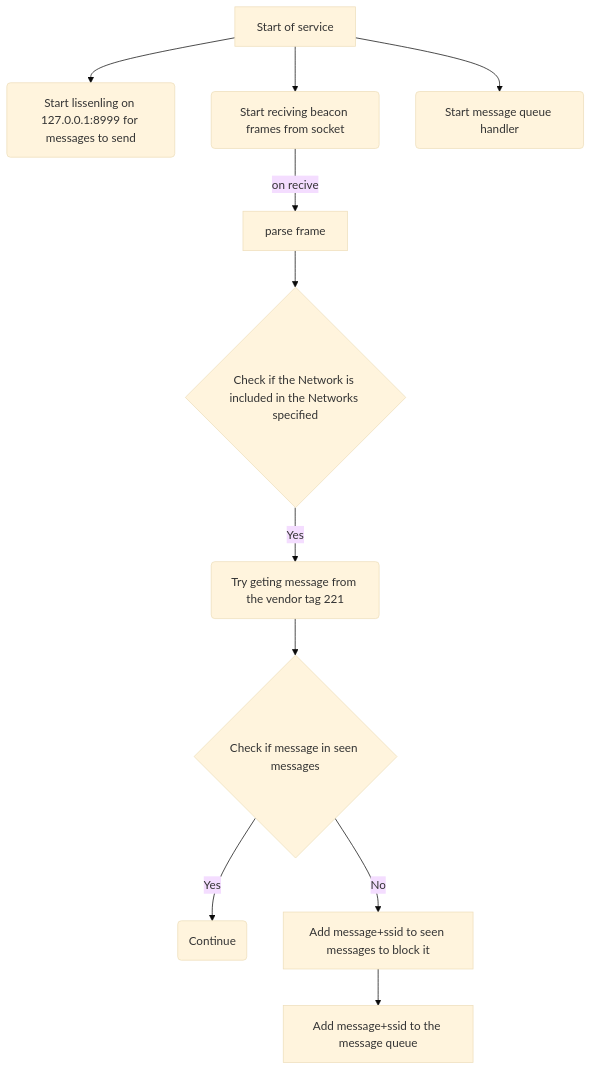
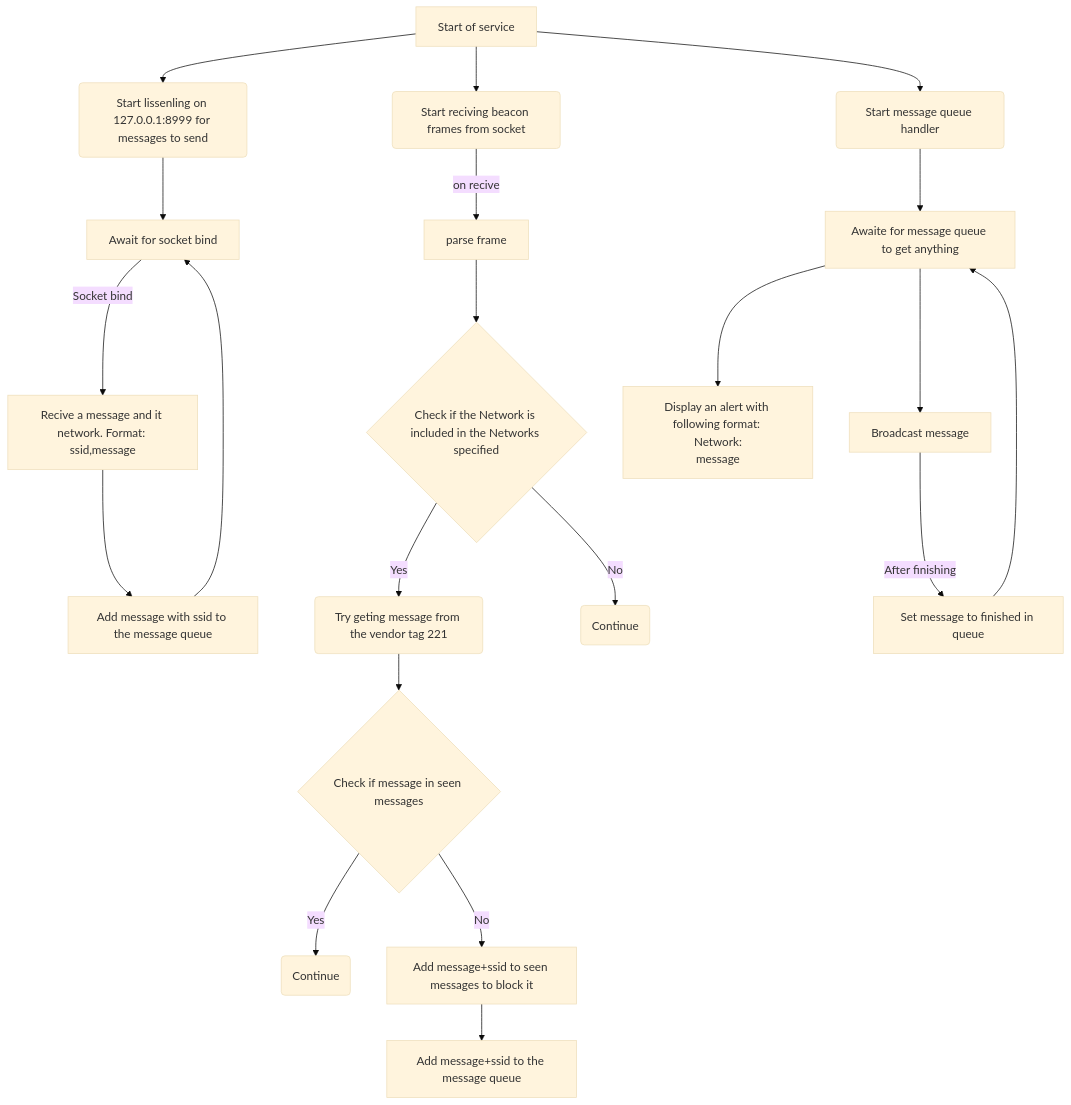
The diagram in library/user/pager2pager/README.md (hak5/wifipineapplepager-payloads), drawn with Mermaid (base theme) before and after one commit. The commit also changed other lines of this file, not shown here.

Commit message:
fix: update flowchart in README to include message queue handling and broadcasting steps

````diff
--- a/library/user/pager2pager/README.md
+++ b/library/user/pager2pager/README.md
@@ -34,14 +34,29 @@
 ```mermaid
 flowchart TD
-    A[Start of service] --> B(Start lissenling on 127.0.0.1:8999 for messages to send)
-    A --> C(Start reciving beacon frames from socket)
-    A --> D(Start message queue handler)
-    
-    C -->|on recive| CA[parse frame]
-    CA --> CB{Check if the Network is included in the Networks specified}
-    CB -->|Yes| CBA(Try geting message from the vendor tag 221)
-    CBA --> CBB{Check if message in seen messages}
-    CBB -->|Yes| CBBA(Continue)
-    CBB -->|No| CBBB[Add message+ssid to seen messages to block it]
-    CBBB --> CBBC[Add message+ssid to the message queue]
+    A[Start of service] --> B(Start lissenling on 127.0.0.1:8999 for messages to send)
+    A --> C(Start reciving beacon frames from socket)
+    A --> D(Start message queue handler)
+
+    B --> BA[Await for socket bind]
+    BA -->|Socket bind| BB[Recive a message and it network. Format: ssid,message]
+    BB --> BC[Add message with ssid to the message queue]
+    BC --> BA
+
+    C -->|on recive| CA[parse frame]
+    CA --> CB{Check if the Network is included in the Networks specified}
+    CB -->|Yes| CBA(Try geting message from the vendor tag 221)
+    CB -->|No| CBD(Continue)
+    CBA --> CBB{Check if message in seen messages}
+    CBB -->|Yes| CBBA(Continue)
+    CBB -->|No| CBBB[Add message+ssid to seen messages to block it]
+    CBBB --> CBBC[Add message+ssid to the message queue]
+
+    D --> DA[Awaite for message queue to get anything]
+    DA --> DAA[Display an alert with following format: 
+Network:
+message
+    ]
+    DA --> DAB[Broadcast message]
+    DAB -->|After finishing| DAC[Set message to finished in queue]
+    DAC --> DA
 ```
````
